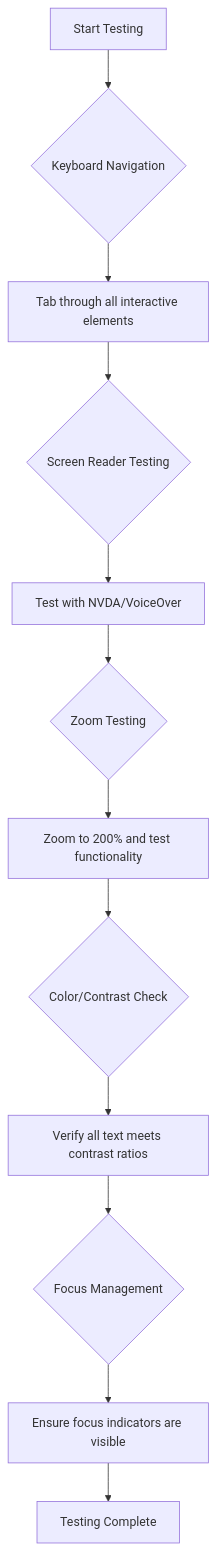
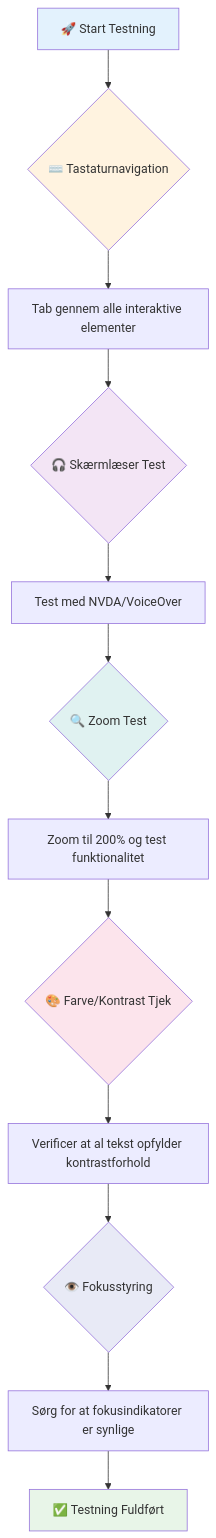
Before and after one commit to microsoft/Web-Dev-For-Beginners: the third of 13 diagrams in translations/da/1-getting-started-lessons/3-accessibility/README.md, drawn with Mermaid. The commit also changed other lines of this file and 41 other files, not shown here.

````diff
--- a/translations/da/1-getting-started-lessons/3-accessibility/README.md
+++ b/translations/da/1-getting-started-lessons/3-accessibility/README.md
@@ -67,14 +107,22 @@
 ```mermaid
-graph TD
-    A[Start Testing] --> B{Keyboard Navigation}
-    B --> C[Tab through all interactive elements]
-    C --> D{Screen Reader Testing}
-    D --> E[Test with NVDA/VoiceOver]
-    E --> F{Zoom Testing}
-    F --> G[Zoom to 200% and test functionality]
-    G --> H{Color/Contrast Check}
-    H --> I[Verify all text meets contrast ratios]
-    I --> J{Focus Management}
-    J --> K[Ensure focus indicators are visible]
-    K --> L[Testing Complete]
+flowchart TD
+    A[🚀 Start Testning] --> B{⌨️ Tastaturnavigation}
+    B --> C[Tab gennem alle interaktive elementer]
+    C --> D{🎧 Skærmlæser Test}
+    D --> E[Test med NVDA/VoiceOver]
+    E --> F{🔍 Zoom Test}
+    F --> G[Zoom til 200% og test funktionalitet]
+    G --> H{🎨 Farve/Kontrast Tjek}
+    H --> I[Verificer at al tekst opfylder kontrastforhold]
+    I --> J{👁️ Fokusstyring}
+    J --> K[Sørg for at fokusindikatorer er synlige]
+    K --> L[✅ Testning Fuldført]
+    
+    style A fill:#e3f2fd
+    style L fill:#e8f5e8
+    style B fill:#fff3e0
+    style D fill:#f3e5f5
+    style F fill:#e0f2f1
+    style H fill:#fce4ec
+    style J fill:#e8eaf6
 ```
````
